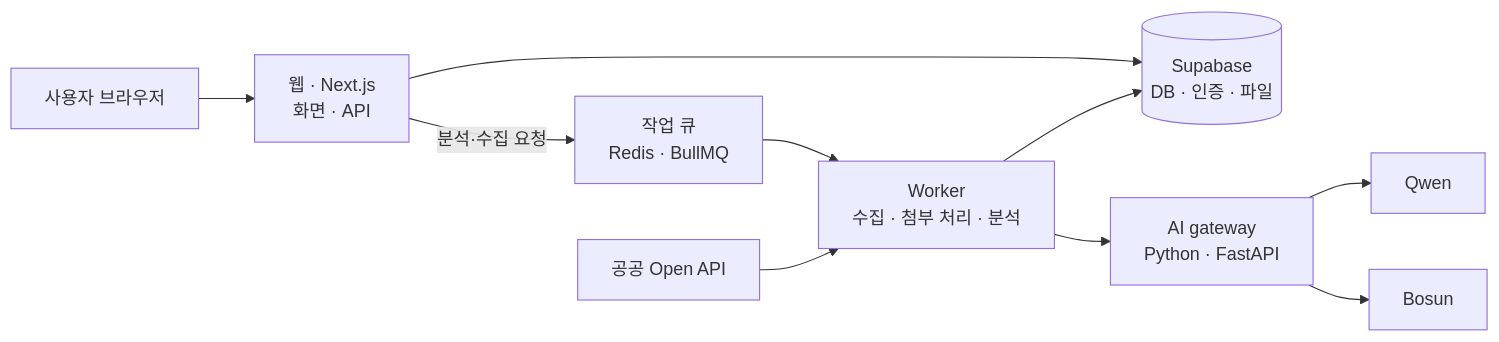
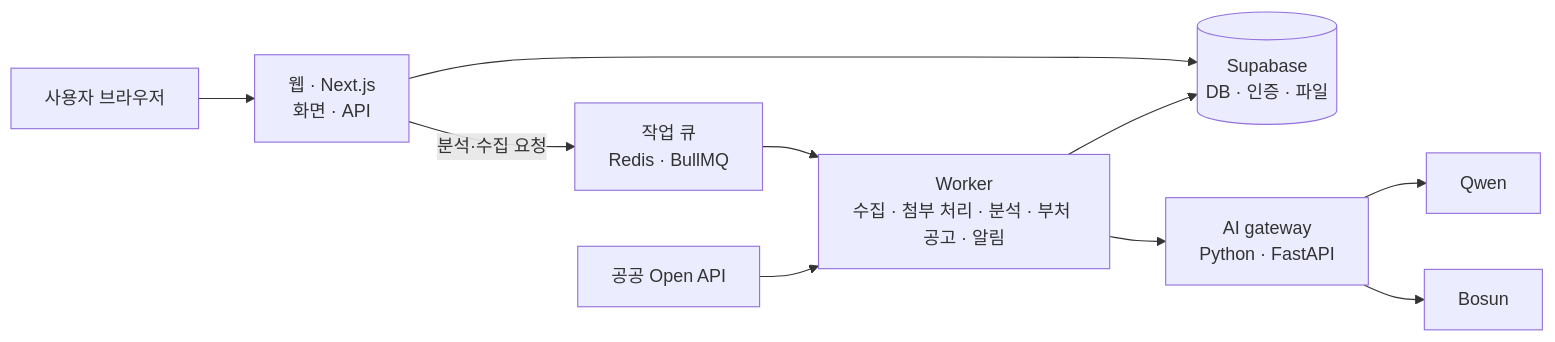
Before and after one commit to solideoai/sol-radar: the second of 2 diagrams in README.md, drawn with Mermaid. The commit also changed other lines of this file and 19 other files, not shown here.

````diff
--- a/README.md
+++ b/README.md
@@ -193,12 +193,12 @@
 ```mermaid
 flowchart LR
   U[사용자 브라우저] --> W["웹 · Next.js<br/>화면 · API"]
   W --> S[("Supabase<br/>DB · 인증 · 파일")]
   W -- 분석·수집 요청 --> Q["작업 큐<br/>Redis · BullMQ"]
-  Q --> K["Worker<br/>수집 · 첨부 처리 · 분석"]
+  Q --> K["Worker<br/>수집 · 첨부 처리 · 분석 · 부처 공고 · 알림"]
   O[공공 Open API] --> K
   K --> S
   K --> AI["AI gateway<br/>Python · FastAPI"]
   AI --> M1[Qwen]
   AI --> M2[Bosun]
 ```
````
